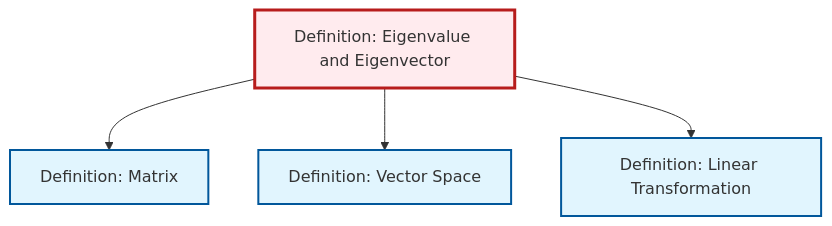
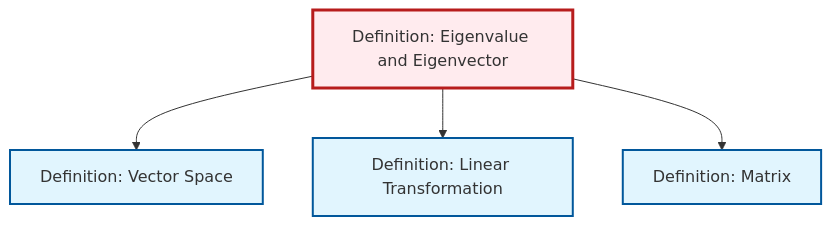
The diagram in content/en/algebra/def-eigenvalue-eigenvector.qmd (RK0429/ModernMath), drawn with Mermaid before and after one commit. The commit also changed other lines of this file and 417 other files, not shown here.

````diff
--- a/content/en/algebra/def-eigenvalue-eigenvector.qmd
+++ b/content/en/algebra/def-eigenvalue-eigenvector.qmd
@@ -72,20 +72,20 @@
 ```{mermaid}
 %%| fig-cap: "Local dependency graph"
 graph TD
     classDef definition fill:#e1f5fe,stroke:#01579b,stroke-width:2px
     classDef theorem fill:#f3e5f5,stroke:#4a148c,stroke-width:2px
     classDef axiom fill:#fff3e0,stroke:#e65100,stroke-width:2px
     classDef example fill:#e8f5e9,stroke:#1b5e20,stroke-width:2px
     classDef current fill:#ffebee,stroke:#b71c1c,stroke-width:3px
+    def-vector-space["Definition: Vector Space"]:::definition
+    def-linear-transformation["Definition: Linear Transformation"]:::definition
+    def-eigenvalue-eigenvector["Definition: Eigenvalue and Eigenvector"]:::definition
     def-matrix["Definition: Matrix"]:::definition
-    def-eigenvalue-eigenvector["Definition: Eigenvalue and Eigenvector"]:::definition
-    def-linear-transformation["Definition: Linear Transformation"]:::definition
-    def-vector-space["Definition: Vector Space"]:::definition
-    def-eigenvalue-eigenvector --> def-matrix
     def-eigenvalue-eigenvector --> def-vector-space
     def-eigenvalue-eigenvector --> def-linear-transformation
+    def-eigenvalue-eigenvector --> def-matrix
     class def-eigenvalue-eigenvector current
+    click def-vector-space "def-vector-space.html" "Go to Vector Space definition"
+    click def-linear-transformation "def-linear-transformation.html" "Go to Linear Transformation definition"
     click def-matrix "def-matrix.html" "Go to Matrix definition"
-    click def-linear-transformation "def-linear-transformation.html" "Go to Linear Transformation definition"
-    click def-vector-space "def-vector-space.html" "Go to Vector Space definition"
 ```
````
